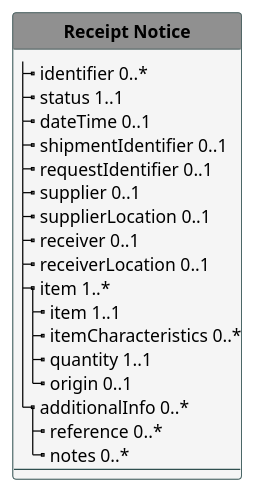
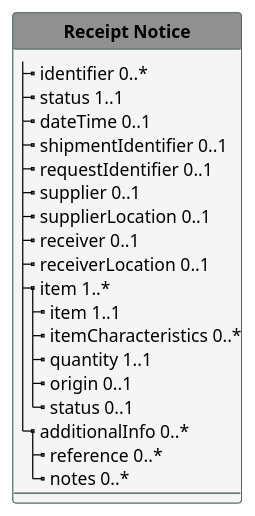
The diagram in input/images-source/model-receiptnotice.plantuml (IHE/pharm-supply), drawn with PlantUML before and after one commit. The commit also changed 2 other files, not shown here.

```diff
--- a/input/images-source/model-receiptnotice.plantuml
+++ b/input/images-source/model-receiptnotice.plantuml
@@ -1,44 +1,45 @@
 @startuml
 'skinparam linetype polyline
 'skinparam linetype ortho
 hide circle
 hide stereotype
 
 '!pragma layout smetana
 
 skinparam class<<MD>> {
  BorderColor DarkSlateGray
  BackgroundColor WhiteSmoke
  HeaderBackgroundColor #909090
 }
 
 skinparam class<<TM>> {
  BorderColor #505090
  BackgroundColor APPLICATION
  HeaderBackgroundColor SkyBlue
 }
 
 
     class "**Receipt Notice**"<<MD>> {
         |_ identifier 0..*
         |_ status 1..1
         |_ dateTime 0..1
         |_ shipmentIdentifier 0..1
         |_ requestIdentifier 0..1
         |_ supplier 0..1
         |_ supplierLocation 0..1
         |_ receiver 0..1
         |_ receiverLocation 0..1
         |_ item 1..*
           |_ item 1..1
           |_ itemCharacteristics 0..*
           |_ quantity 1..1
           |_ origin 0..1
+          |_ status 0..1
         |_ additionalInfo 0..*  
           |_ reference 0..*  
           |_ notes 0..*  
         --
     }
 
 
 @enduml
```
